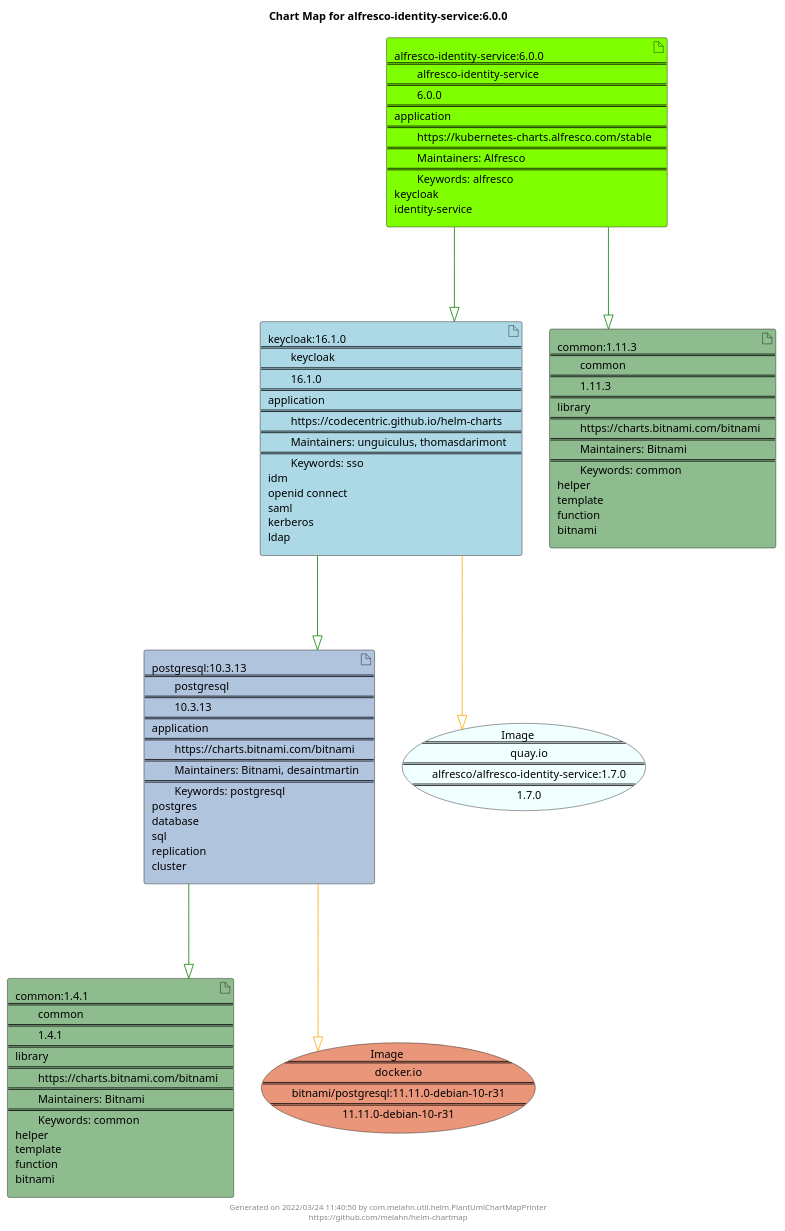
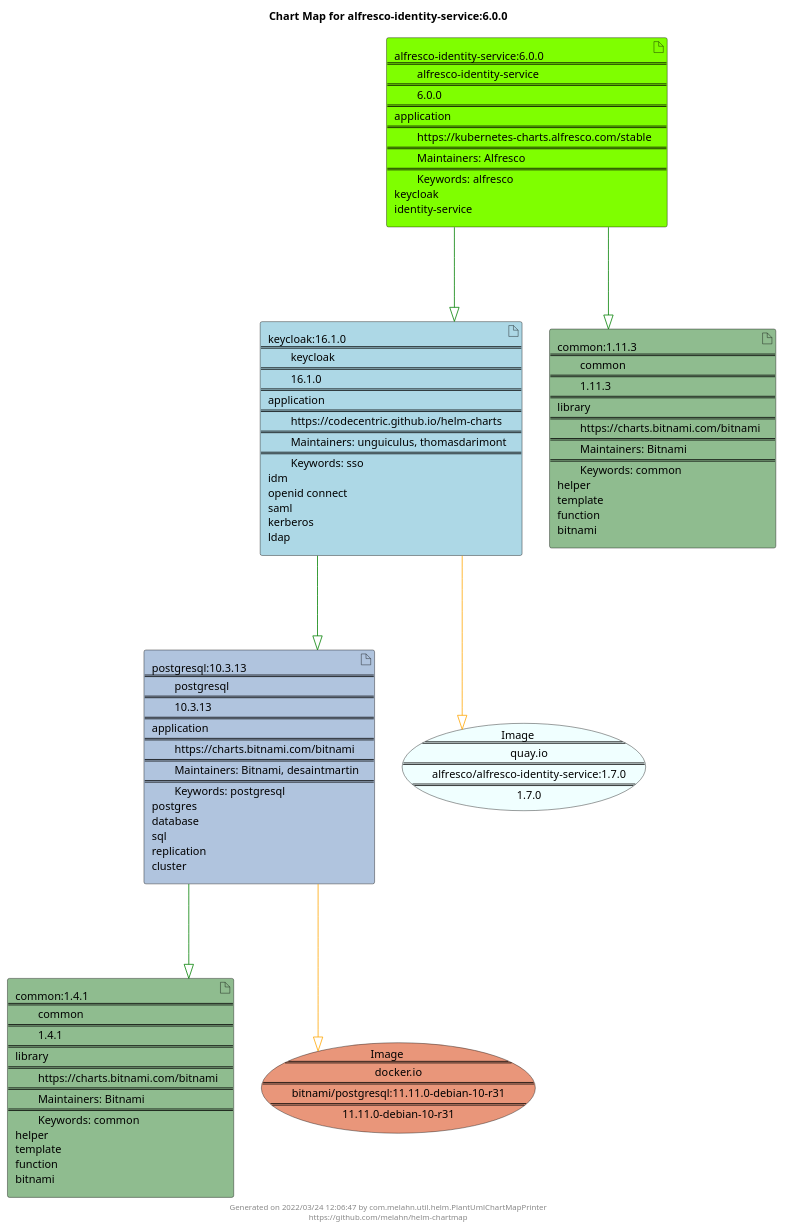
Before and after one commit to melahn/helm-chartmap: the diagram in docs/alfresco-identity-service/alfresco-identity-service-6.0.0.puml, drawn with PlantUML. The commit also changed 51 other files, not shown here.

Commit message:
Update Example Chart Maps as part of GitHub build

```diff
--- a/docs/alfresco-identity-service/alfresco-identity-service-6.0.0.puml
+++ b/docs/alfresco-identity-service/alfresco-identity-service-6.0.0.puml
@@ -1,31 +1,31 @@
 @startuml
 skinparam linetype ortho
 skinparam backgroundColor white
 skinparam usecaseBorderColor black
 skinparam usecaseArrowColor LightSlateGray
 skinparam artifactBorderColor black
 skinparam artifactArrowColor LightSlateGray
 
 title Chart Map for alfresco-identity-service:6.0.0
 
 'There are 5 referenced Helm Charts
 artifact "common:1.4.1\n====\n\tcommon\n====\n\t1.4.1\n====\nlibrary\n====\n\thttps://charts.bitnami.com/bitnami\n====\n\tMaintainers: Bitnami\n====\n\tKeywords: common\nhelper\ntemplate\nfunction\nbitnami" as common_1_4_1 #DarkSeaGreen
 artifact "keycloak:16.1.0\n====\n\tkeycloak\n====\n\t16.1.0\n====\napplication\n====\n\thttps://codecentric.github.io/helm-charts\n====\n\tMaintainers: unguiculus, thomasdarimont\n====\n\tKeywords: sso\nidm\nopenid connect\nsaml\nkerberos\nldap" as keycloak_16_1_0 #LightBlue
 artifact "postgresql:10.3.13\n====\n\tpostgresql\n====\n\t10.3.13\n====\napplication\n====\n\thttps://charts.bitnami.com/bitnami\n====\n\tMaintainers: Bitnami, desaintmartin\n====\n\tKeywords: postgresql\npostgres\ndatabase\nsql\nreplication\ncluster" as postgresql_10_3_13 #LightSteelBlue
 artifact "alfresco-identity-service:6.0.0\n====\n\talfresco-identity-service\n====\n\t6.0.0\n====\napplication\n====\n\thttps://kubernetes-charts.alfresco.com/stable\n====\n\tMaintainers: Alfresco\n====\n\tKeywords: alfresco\nkeycloak\nidentity-service" as alfresco_identity_service_6_0_0 #Chartreuse
 artifact "common:1.11.3\n====\n\tcommon\n====\n\t1.11.3\n====\nlibrary\n====\n\thttps://charts.bitnami.com/bitnami\n====\n\tMaintainers: Bitnami\n====\n\tKeywords: common\nhelper\ntemplate\nfunction\nbitnami" as common_1_11_3 #DarkSeaGreen
 
 'There are 2 referenced Docker Images
 usecase "Image\n====\n\tquay.io\n====\n\talfresco/alfresco-identity-service:1.7.0\n====\n\t1.7.0" as quay_io_alfresco_alfresco_identity_service_1_7_0 #Azure
 usecase "Image\n====\n\tdocker.io\n====\n\tbitnami/postgresql:11.11.0-debian-10-r31\n====\n\t11.11.0-debian-10-r31" as docker_io_bitnami_postgresql_11_11_0_debian_10_r31 #DarkSalmon
 
 'Chart Dependencies
 alfresco_identity_service_6_0_0--[#green]-|>keycloak_16_1_0
 keycloak_16_1_0--[#green]-|>postgresql_10_3_13
 postgresql_10_3_13--[#green]-|>common_1_4_1
 alfresco_identity_service_6_0_0--[#green]-|>common_1_11_3
 keycloak_16_1_0--[#orange]-|>quay_io_alfresco_alfresco_identity_service_1_7_0
 postgresql_10_3_13--[#orange]-|>docker_io_bitnami_postgresql_11_11_0_debian_10_r31
 
-center footer Generated on 2022/03/24 11:40:50 by com.melahn.util.helm.PlantUmlChartMapPrinter\nhttps://github.com/melahn/helm-chartmap
+center footer Generated on 2022/03/24 12:06:47 by com.melahn.util.helm.PlantUmlChartMapPrinter\nhttps://github.com/melahn/helm-chartmap
 @enduml
```
